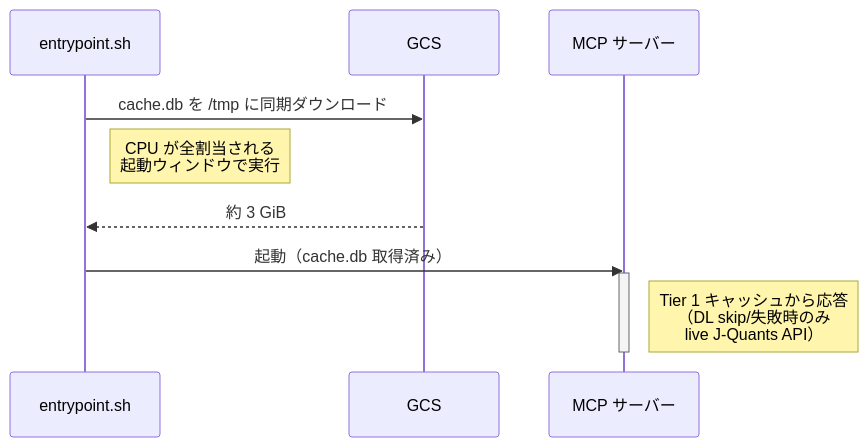
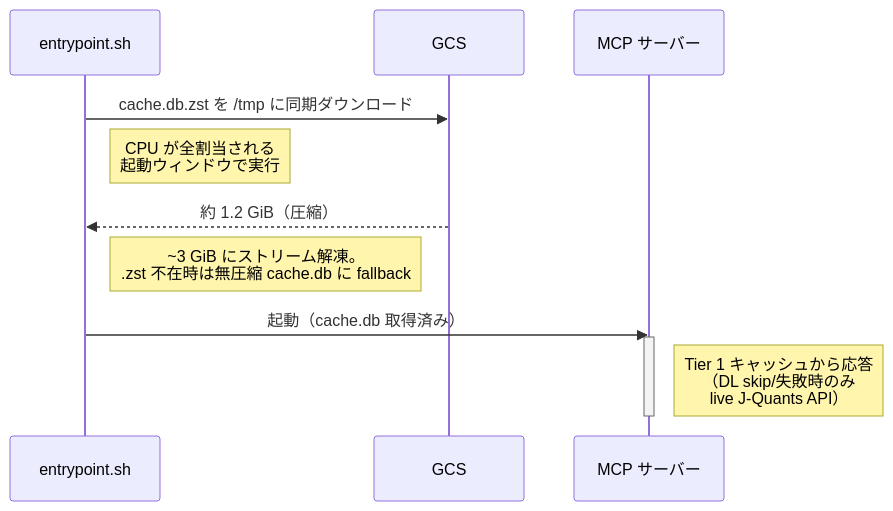
One commit to shigechika/jquants-mcp changed the second of 4 diagrams in README.ja.md. Above: the diagram before and after it, drawn with Mermaid. The commit also changed other lines of this file and 4 other files, not shown here.

First line of the commit message:
feat(cloudrun): publish cache.db.zst (zstd) for faster cold start (#462)

````diff
--- a/README.ja.md
+++ b/README.ja.md
@@ -913,14 +913,15 @@
 ```mermaid
 sequenceDiagram
     participant E as entrypoint.sh
     participant G as GCS
     participant M as MCP サーバー
 
-    E->>G: cache.db を /tmp に同期ダウンロード
+    E->>G: cache.db.zst を /tmp に同期ダウンロード
     Note right of E: CPU が全割当される<br/>起動ウィンドウで実行
-    G-->>E: 約 3 GiB
+    G-->>E: 約 1.2 GiB（圧縮）
+    Note right of E: ~3 GiB にストリーム解凍。<br/>.zst 不在時は無圧縮 cache.db に fallback
     E->>M: 起動（cache.db 取得済み）
     activate M
     Note right of M: Tier 1 キャッシュから応答<br/>（DL skip/失敗時のみ<br/>live J-Quants API）
     deactivate M
 ```
````
